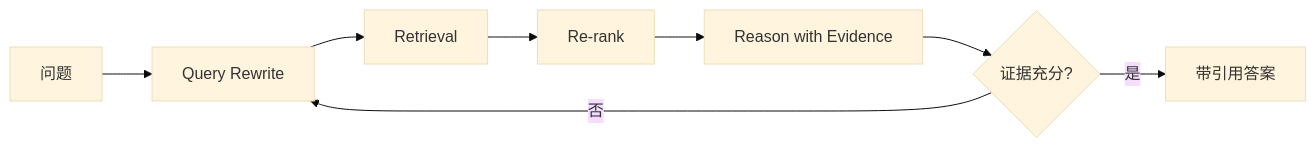
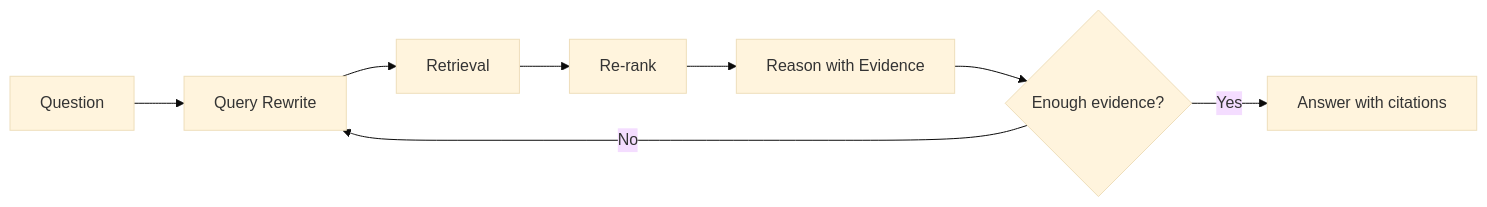
One commit to oneleaveknowsthefall/awesome-ai-roadmap changed diagram 13 of 17 in docs/agent/02-reasoning-planning/05-agent-reasoning-methods.md. Above: the diagram before and after it, drawn with Mermaid (base theme). The commit also changed other lines of this file and 68 other files, not shown here.

````diff
--- a/docs/agent/02-reasoning-planning/05-agent-reasoning-methods.md
+++ b/docs/agent/02-reasoning-planning/05-agent-reasoning-methods.md
@@ -555,10 +555,10 @@
 ```mermaid
 flowchart LR
-    Q[问题] --> QR[Query Rewrite]
+    Q[Question] --> QR[Query Rewrite]
     QR --> RET[Retrieval]
     RET --> RR[Re-rank]
     RR --> REASON[Reason with Evidence]
-    REASON --> CHECK{证据充分?}
-    CHECK -->|否| QR
-    CHECK -->|是| ANSWER[带引用答案]
+    REASON --> CHECK{Enough evidence?}
+    CHECK -->|No| QR
+    CHECK -->|Yes| ANSWER[Answer with citations]
 ```
````
